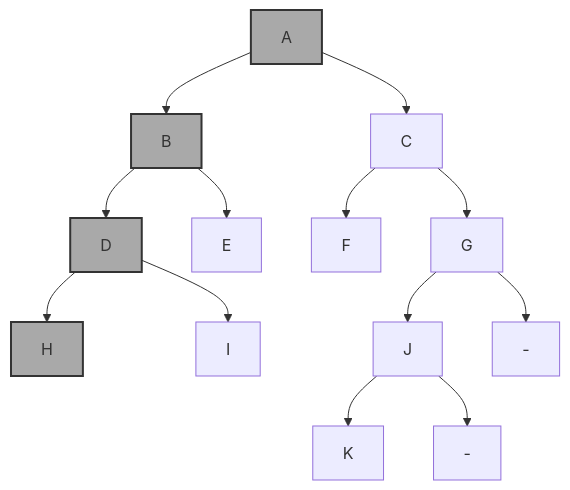
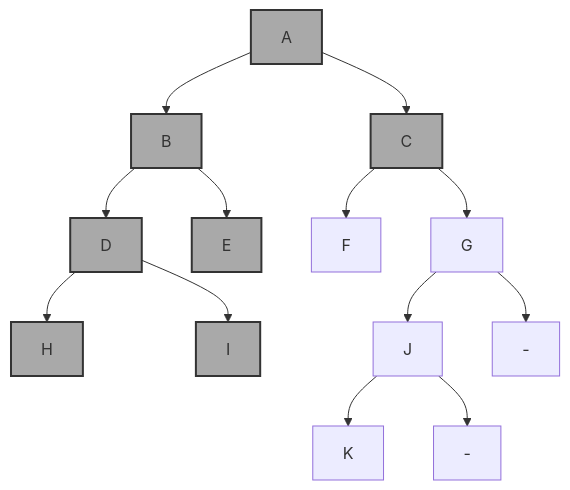
Before and after one commit to remykarem/remykarem.github.io: the fifth of 19 diagrams in books-src/data-structures-and-algorithms-book/src/algorithms/search/depth-first/post-order.md, drawn with Mermaid. The commit also changed other lines of this file and 7 other files, not shown here.

````diff
--- a/books-src/data-structures-and-algorithms-book/src/algorithms/search/depth-first/post-order.md
+++ b/books-src/data-structures-and-algorithms-book/src/algorithms/search/depth-first/post-order.md
@@ -81,21 +84,24 @@
 ```mermaid
 graph TD
     X1["-"]
     X2["-"]
     A --> B
     A --> C
     B --> D
     B --> E
     C --> F
     C --> G
     D --> H
     D --> I
     G --> J
     G --> X1
     J --> K
     J --> X2
     style A fill:#a9a9a9,stroke:#333,stroke-width:2px
     style B fill:#a9a9a9,stroke:#333,stroke-width:2px
+    style C fill:#a9a9a9,stroke:#333,stroke-width:2px
     style D fill:#a9a9a9,stroke:#333,stroke-width:2px
+    style E fill:#a9a9a9,stroke:#333,stroke-width:2px
     style H fill:#a9a9a9,stroke:#333,stroke-width:2px
+    style I fill:#a9a9a9,stroke:#333,stroke-width:2px
 ```
````
